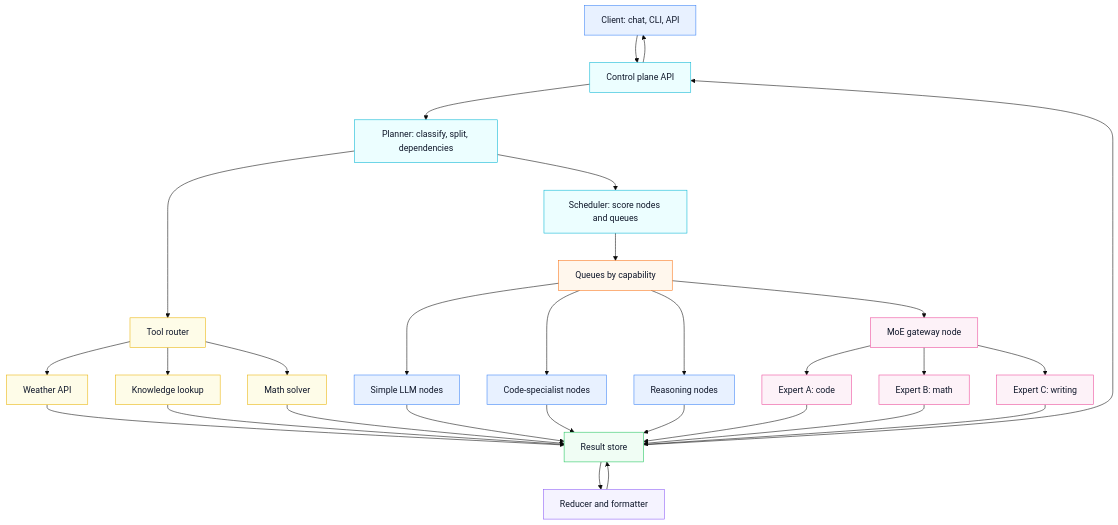
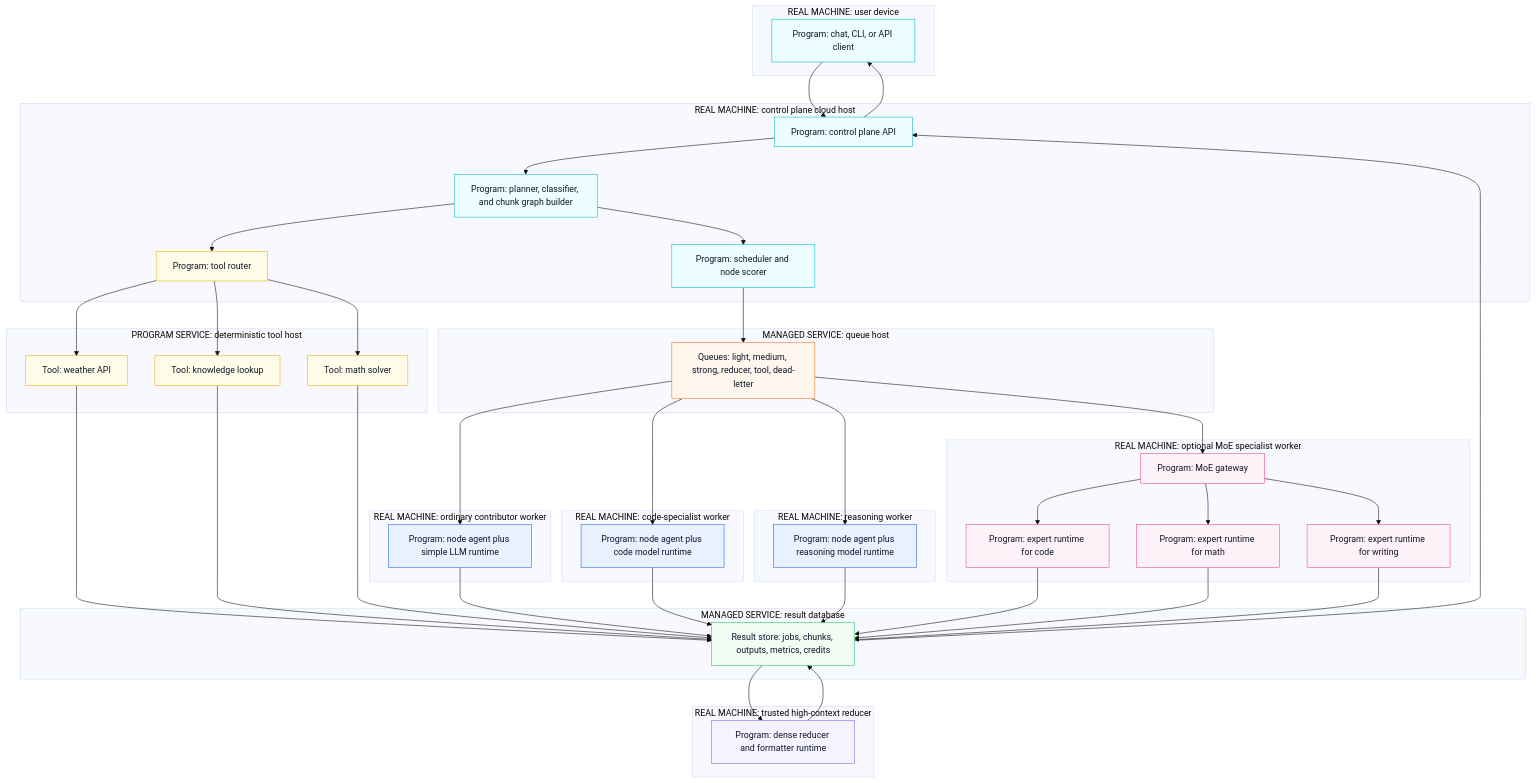
The second of 2 diagrams in docs/business-requirements.md (novusmundus2025/control-plane), drawn with Mermaid (base theme) before and after one commit. The commit also changed other lines of this file, not shown here.

Commit message:
Clarify architecture diagrams by machine boundary

````diff
--- a/docs/business-requirements.md
+++ b/docs/business-requirements.md
@@ -356,48 +386,76 @@
 ```mermaid
 flowchart TD
-    client["Client: chat, CLI, API"]:::machine
-    api["Control plane API"]:::program
-    planner["Planner: classify, split, dependencies"]:::program
-    scheduler["Scheduler: score nodes and queues"]:::program
-    queues["Queues by capability"]:::queue
-    results["Result store"]:::store
-    reducer["Reducer and formatter"]:::reducer
+    subgraph clientMachine["REAL MACHINE: user device"]
+        client["Program: chat, CLI, or API client"]:::program
+    end
 
-    toolRouter["Tool router"]:::tool
-    weather["Weather API"]:::tool
-    wiki["Knowledge lookup"]:::tool
-    math["Math solver"]:::tool
+    subgraph controlPlaneHost["REAL MACHINE: control plane cloud host"]
+        api["Program: control plane API"]:::program
+        planner["Program: planner, classifier, and chunk graph builder"]:::program
+        scheduler["Program: scheduler and node scorer"]:::program
+        toolRouter["Program: tool router"]:::tool
+    end
 
-    simple["Simple LLM nodes"]:::machine
-    code["Code-specialist nodes"]:::machine
-    reasoning["Reasoning nodes"]:::machine
-    moeGateway["MoE gateway node"]:::moe
-    expertA["Expert A: code"]:::moe
-    expertB["Expert B: math"]:::moe
-    expertC["Expert C: writing"]:::moe
+    subgraph queueHost["MANAGED SERVICE: queue host"]
+        queues["Queues: light, medium, strong, reducer, tool, dead-letter"]:::queue
+    end
+
+    subgraph resultHost["MANAGED SERVICE: result database"]
+        results["Result store: jobs, chunks, outputs, metrics, credits"]:::store
+    end
+
+    subgraph toolHost["PROGRAM SERVICE: deterministic tool host"]
+        weather["Tool: weather API"]:::tool
+        wiki["Tool: knowledge lookup"]:::tool
+        math["Tool: math solver"]:::tool
+    end
+
+    subgraph simpleNode["REAL MACHINE: ordinary contributor worker"]
+        simple["Program: node agent plus simple LLM runtime"]:::worker
+    end
+
+    subgraph codeNode["REAL MACHINE: code-specialist worker"]
+        code["Program: node agent plus code model runtime"]:::worker
+    end
+
+    subgraph reasoningNode["REAL MACHINE: reasoning worker"]
+        reasoning["Program: node agent plus reasoning model runtime"]:::worker
+    end
+
+    subgraph reducerNode["REAL MACHINE: trusted high-context reducer"]
+        reducer["Program: dense reducer and formatter runtime"]:::reducer
+    end
+
+    subgraph moeNode["REAL MACHINE: optional MoE specialist worker"]
+        moeGateway["Program: MoE gateway"]:::moe
+        expertA["Program: expert runtime for code"]:::moe
+        expertB["Program: expert runtime for math"]:::moe
+        expertC["Program: expert runtime for writing"]:::moe
+    end
 
     client --> api --> planner
     planner --> toolRouter
     planner --> scheduler
     toolRouter --> weather --> results
     toolRouter --> wiki --> results
     toolRouter --> math --> results
     scheduler --> queues
     queues --> simple --> results
     queues --> code --> results
     queues --> reasoning --> results
     queues --> moeGateway
     moeGateway --> expertA --> results
     moeGateway --> expertB --> results
     moeGateway --> expertC --> results
     results --> reducer --> results
     results --> api --> client
 
     classDef machine fill:#e8f1ff,stroke:#3b82f6,color:#0f172a
     classDef program fill:#ecfeff,stroke:#06b6d4,color:#0f172a
+    classDef worker fill:#e8f1ff,stroke:#2563eb,color:#0f172a
     classDef queue fill:#fff7ed,stroke:#f97316,color:#0f172a
     classDef store fill:#f0fdf4,stroke:#22c55e,color:#0f172a
     classDef reducer fill:#f5f3ff,stroke:#8b5cf6,color:#0f172a
     classDef tool fill:#fefce8,stroke:#eab308,color:#0f172a
     classDef moe fill:#fdf2f8,stroke:#ec4899,color:#0f172a
 ```
````
